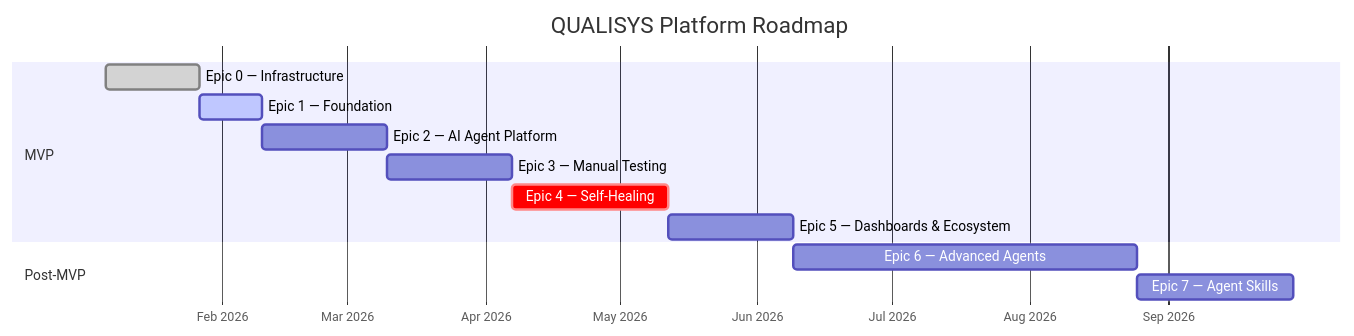
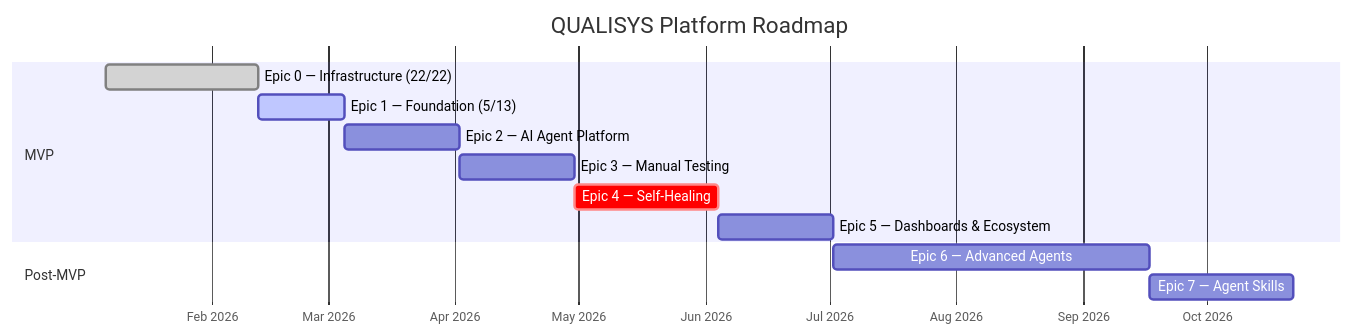
The fourth of 4 diagrams in README.md (azfarhussain-10p/QUALISYS), drawn with Mermaid before and after one commit. The commit also changed other lines of this file and 144 other files, not shown here.

````diff
--- a/README.md
+++ b/README.md
@@ -573,18 +574,18 @@
 ```mermaid
 gantt
     title QUALISYS Platform Roadmap
     dateFormat  YYYY-MM-DD
     axisFormat  %b %Y
 
     section MVP
-    Epic 0 — Infrastructure         :done, e0, 2026-01-06, 3w
-    Epic 1 — Foundation             :active, e1, after e0, 2w
-    Epic 2 — AI Agent Platform      :e2, after e1, 4w
-    Epic 3 — Manual Testing         :e3, after e2, 4w
-    Epic 4 — Self-Healing           :crit, e4, after e3, 5w
-    Epic 5 — Dashboards & Ecosystem :e5, after e4, 4w
+    Epic 0 — Infrastructure (22/22)  :done, e0, 2026-01-06, 2026-02-12
+    Epic 1 — Foundation (5/13)       :active, e1, 2026-02-12, 3w
+    Epic 2 — AI Agent Platform       :e2, after e1, 4w
+    Epic 3 — Manual Testing          :e3, after e2, 4w
+    Epic 4 — Self-Healing            :crit, e4, after e3, 5w
+    Epic 5 — Dashboards & Ecosystem  :e5, after e4, 4w
 
     section Post-MVP
-    Epic 6 — Advanced Agents        :e6, after e5, 11w
-    Epic 7 — Agent Skills           :e7, after e6, 5w
+    Epic 6 — Advanced Agents         :e6, after e5, 11w
+    Epic 7 — Agent Skills            :e7, after e6, 5w
 ```
````
